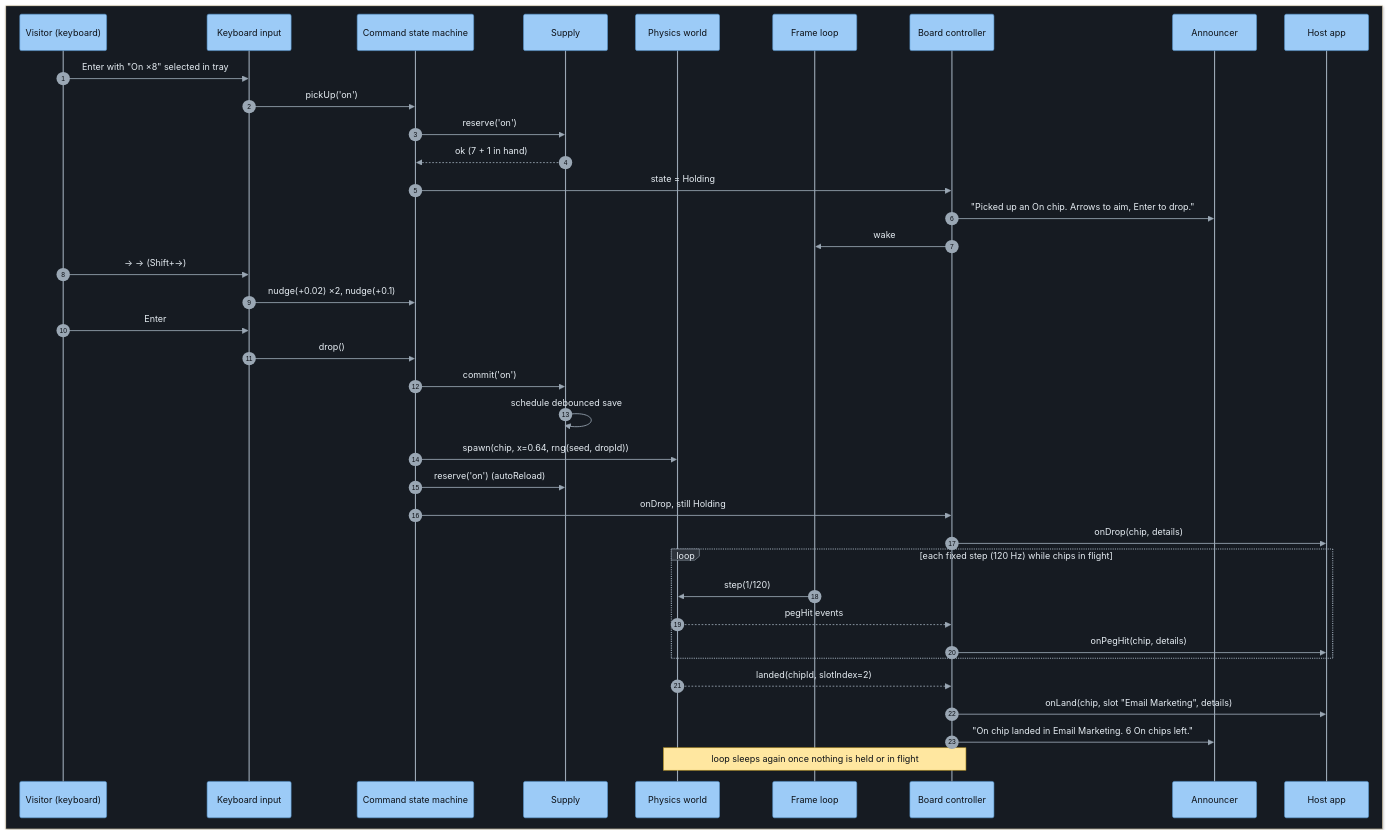
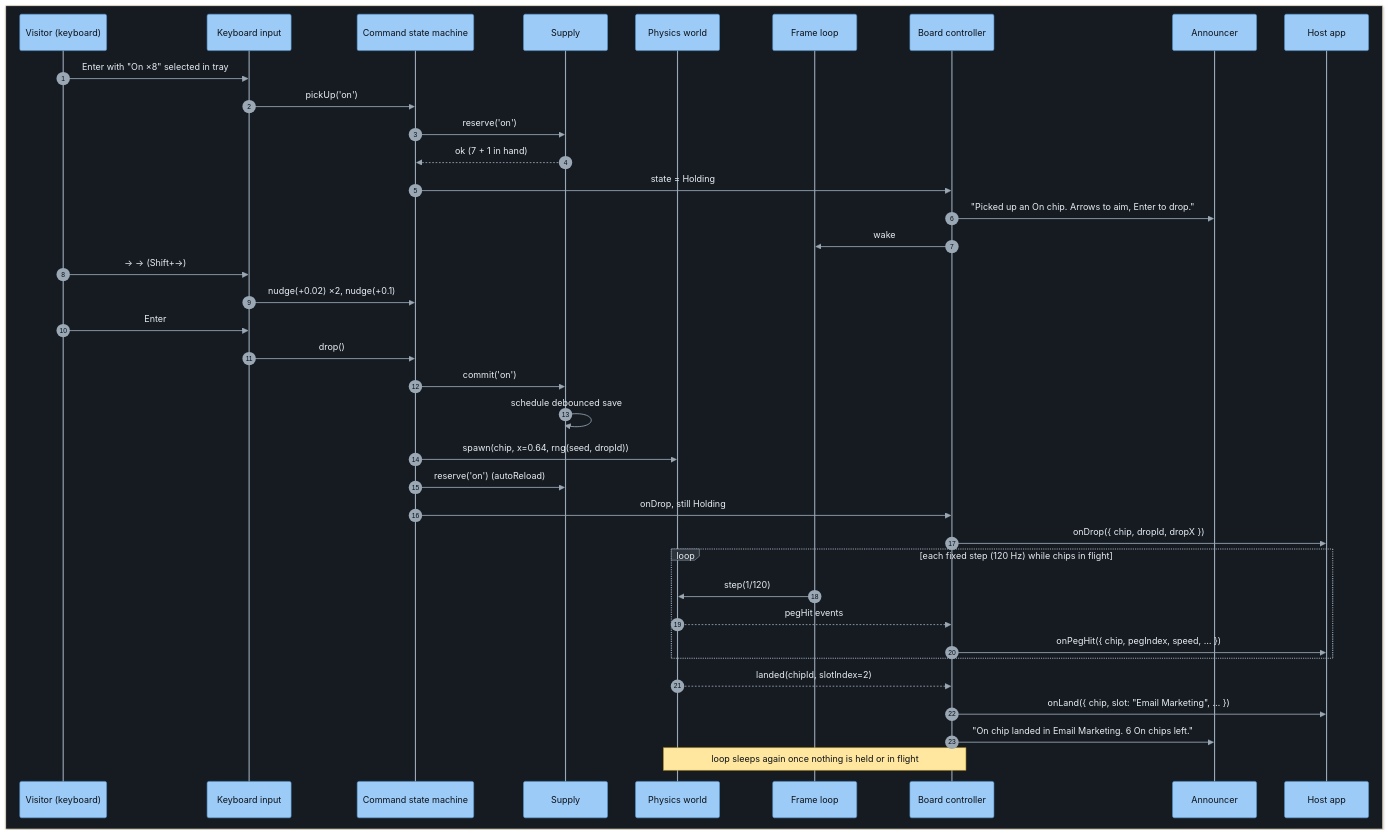
The ninth of 10 diagrams in docs/ARCHITECTURE.md (alanbickel/plinko-config), drawn with Mermaid before and after one commit. The commit also changed other lines of this file and 33 other files, not shown here.

````diff
--- a/docs/ARCHITECTURE.md
+++ b/docs/ARCHITECTURE.md
@@ -481,43 +481,43 @@
 ```mermaid
 %%{init: {"theme":"base","themeVariables":{"actorBkg":"#9ccbf7","actorBorder":"#5b9bd5","actorTextColor":"#0d1117","actorLineColor":"#9aa7b4","signalColor":"#9aa7b4","signalTextColor":"#e6edf3","noteBkgColor":"#ffe7a0","noteTextColor":"#0d1117","noteBorderColor":"#c9a227","labelBoxBkgColor":"#2d333b","labelTextColor":"#e6edf3","loopTextColor":"#e6edf3","labelBoxBorderColor":"#9aa7b4","sequenceNumberColor":"#0d1117"}}}%%
 sequenceDiagram
     autonumber
     box rgb(22,27,34)
     participant U as Visitor (keyboard)
     participant K as Keyboard input
     participant C as Command state machine
     participant Sup as Supply
     participant W as Physics world
     participant L as Frame loop
     participant B as Board controller
     participant A as Announcer
     participant Host as Host app
     end
 
     U->>K: Enter with "On ×8" selected in tray
     K->>C: pickUp('on')
     C->>Sup: reserve('on')
     Sup-->>C: ok (7 + 1 in hand)
     C->>B: state = Holding
     B->>A: "Picked up an On chip. Arrows to aim, Enter to drop."
     B->>L: wake
     U->>K: → → (Shift+→)
     K->>C: nudge(+0.02) ×2, nudge(+0.1)
     U->>K: Enter
     K->>C: drop()
     C->>Sup: commit('on')
     Sup->>Sup: schedule debounced save
     C->>W: spawn(chip, x=0.64, rng(seed, dropId))
     C->>Sup: reserve('on') (autoReload)
     C->>B: onDrop, still Holding
-    B->>Host: onDrop(chip, details)
+    B->>Host: onDrop({ chip, dropId, dropX })
     loop each fixed step (120 Hz) while chips in flight
         L->>W: step(1/120)
         W-->>B: pegHit events
-        B->>Host: onPegHit(chip, details)
+        B->>Host: onPegHit({ chip, pegIndex, speed, … })
     end
     W-->>B: landed(chipId, slotIndex=2)
-    B->>Host: onLand(chip, slot "Email Marketing", details)
+    B->>Host: onLand({ chip, slot: "Email Marketing", … })
     B->>A: "On chip landed in Email Marketing. 6 On chips left."
     Note over W,B: loop sleeps again once nothing is held or in flight
 ```
````
